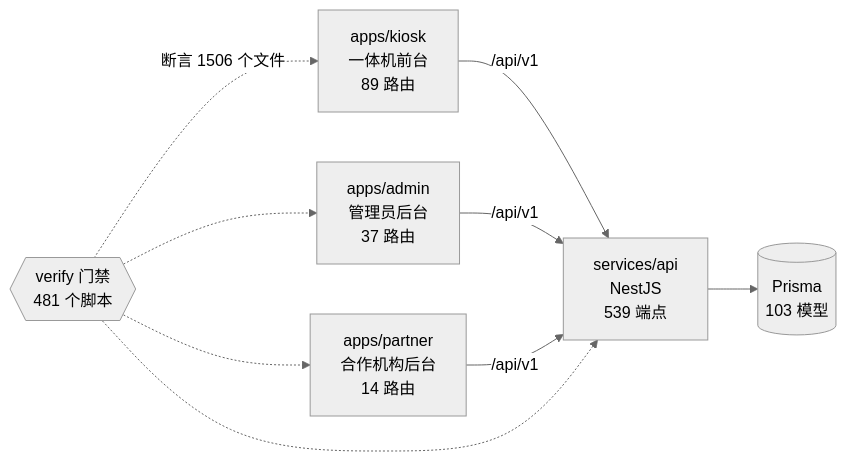
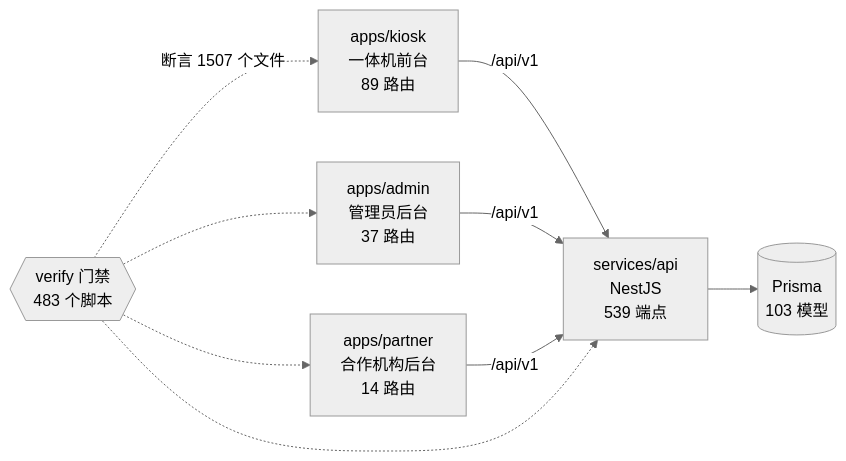
Before and after one commit to wanglei581/YITIJI: the diagram in docs/graph/README.md, drawn with Mermaid (neutral theme). The commit also changed other lines of this file and 4 other files, not shown here.

````diff
--- a/docs/graph/README.md
+++ b/docs/graph/README.md
@@ -68,18 +68,18 @@
 ```mermaid
 flowchart LR
   kiosk["apps/kiosk<br/>一体机前台<br/>89 路由"]
   admin["apps/admin<br/>管理员后台<br/>37 路由"]
   partner["apps/partner<br/>合作机构后台<br/>14 路由"]
   api["services/api<br/>NestJS<br/>539 端点"]
   db[("Prisma<br/>103 模型")]
-  gates{{"verify 门禁<br/>481 个脚本"}}
+  gates{{"verify 门禁<br/>483 个脚本"}}
 
   kiosk -->|"/api/v1"| api
   admin -->|"/api/v1"| api
   partner -->|"/api/v1"| api
   api --> db
-  gates -.->|"断言 1506 个文件"| kiosk
+  gates -.->|"断言 1507 个文件"| kiosk
   gates -.-> admin
   gates -.-> partner
   gates -.-> api
 ```
````
